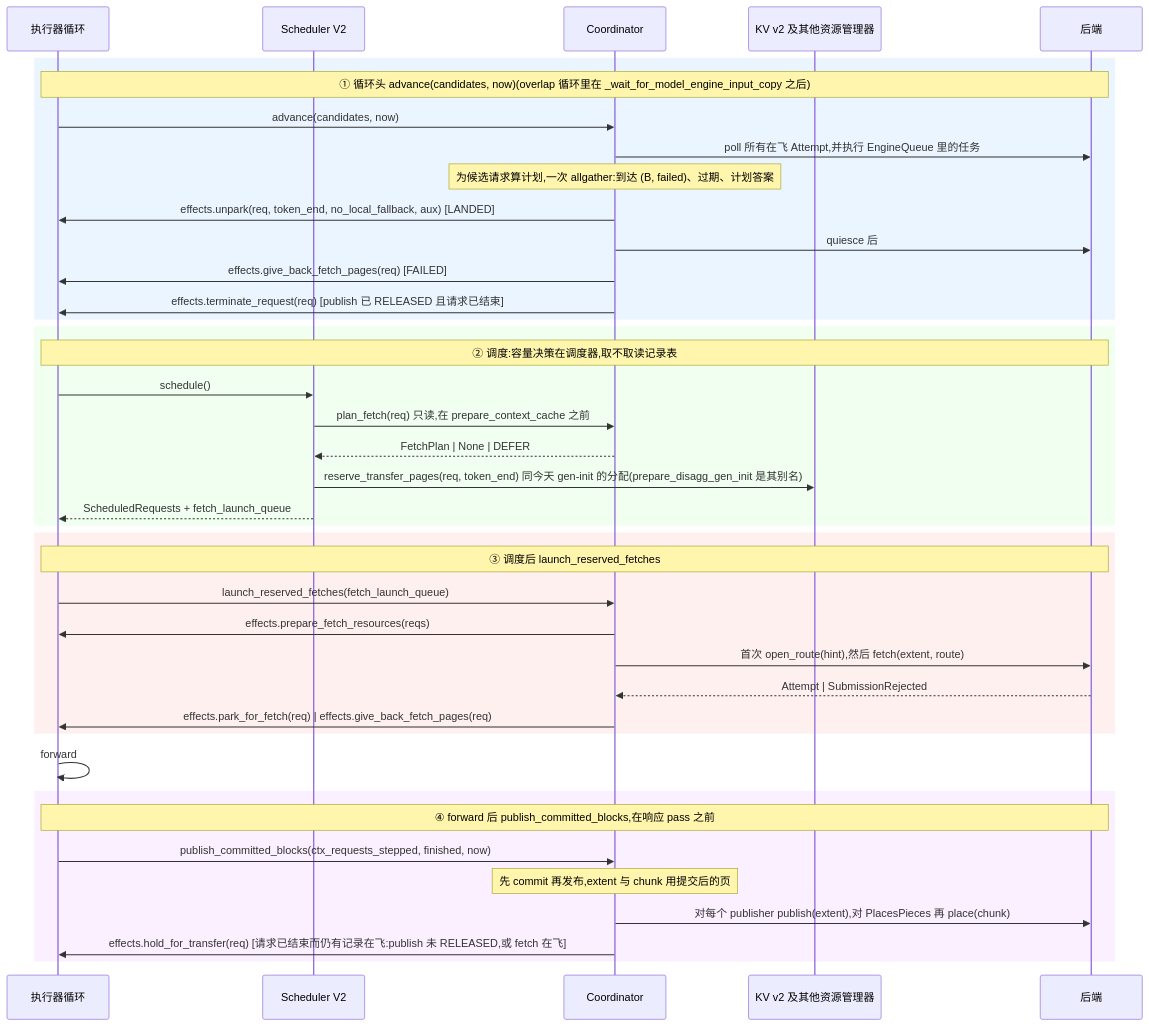
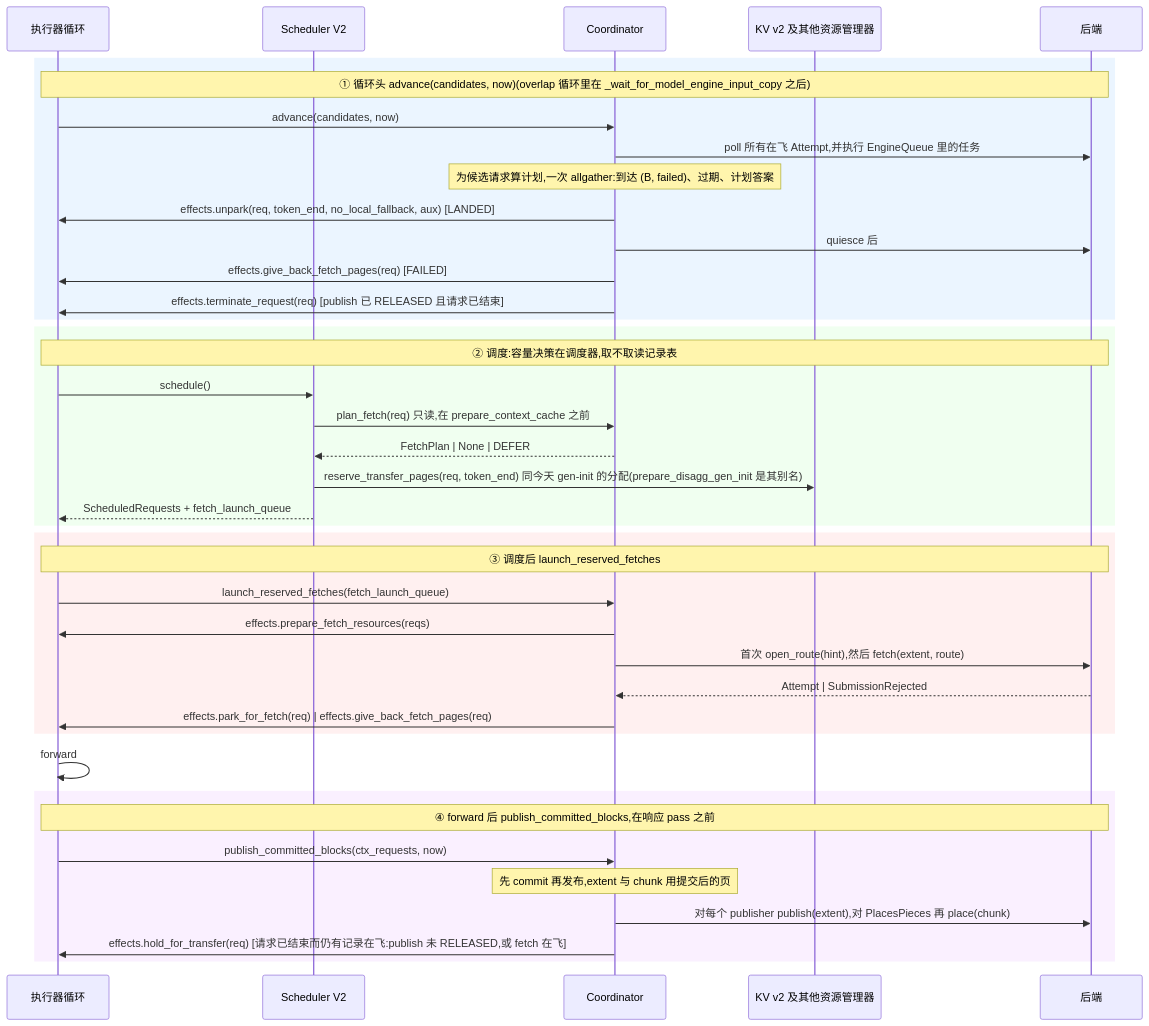
Before and after one commit to chuangz0/TensorRT-LLM: the third of 6 diagrams in docs/shared/KV_TRANSFER_COORDINATOR_DESIGN.zh.md, drawn with Mermaid. The commit also changed other lines of this file and 20 other files, not shown here.

````diff
--- a/docs/shared/KV_TRANSFER_COORDINATOR_DESIGN.zh.md
+++ b/docs/shared/KV_TRANSFER_COORDINATOR_DESIGN.zh.md
@@ -171,47 +172,47 @@
 ```mermaid
 sequenceDiagram
     participant L as 执行器循环
     participant S as Scheduler V2
     participant C as Coordinator
     participant KV as KV v2 及其他资源管理器
     participant BE as 后端
 
     rect rgb(235, 245, 255)
     Note over L,BE: ① 循环头 advance(candidates, now)(overlap 循环里在 _wait_for_model_engine_input_copy 之后)
     L->>C: advance(candidates, now)
     C->>BE: poll 所有在飞 Attempt,并执行 EngineQueue 里的任务
     Note over C: 为候选请求算计划,一次 allgather:到达 (B, failed)、过期、计划答案
     C->>L: effects.unpark(req, token_end, no_local_fallback, aux)  [LANDED]
     C->>BE: quiesce 后
     C->>L: effects.give_back_fetch_pages(req)  [FAILED]
     C->>L: effects.terminate_request(req)  [publish 已 RELEASED 且请求已结束]
     end
 
     rect rgb(240, 255, 240)
     Note over L,BE: ② 调度:容量决策在调度器,取不取读记录表
     L->>S: schedule()
     S->>C: plan_fetch(req)  只读,在 prepare_context_cache 之前
     C-->>S: FetchPlan | None | DEFER
     S->>KV: reserve_transfer_pages(req, token_end)  同今天 gen-init 的分配(prepare_disagg_gen_init 是其别名)
     S-->>L: ScheduledRequests + fetch_launch_queue
     end
 
     rect rgb(255, 240, 240)
     Note over L,BE: ③ 调度后 launch_reserved_fetches
     L->>C: launch_reserved_fetches(fetch_launch_queue)
     C->>L: effects.prepare_fetch_resources(reqs)
     C->>BE: 首次 open_route(hint),然后 fetch(extent, route)
     BE-->>C: Attempt | SubmissionRejected
     C->>L: effects.park_for_fetch(req) | effects.give_back_fetch_pages(req)
     end
 
     L->>L: forward
 
     rect rgb(250, 240, 255)
     Note over L,BE: ④ forward 后 publish_committed_blocks,在响应 pass 之前
-    L->>C: publish_committed_blocks(ctx_requests_stepped, finished, now)
+    L->>C: publish_committed_blocks(ctx_requests, now)
     Note over C: 先 commit 再发布,extent 与 chunk 用提交后的页
     C->>BE: 对每个 publisher publish(extent),对 PlacesPieces 再 place(chunk)
     C->>L: effects.hold_for_transfer(req)  [请求已结束而仍有记录在飞:publish 未 RELEASED,或 fetch 在飞]
     end
 ```
````
